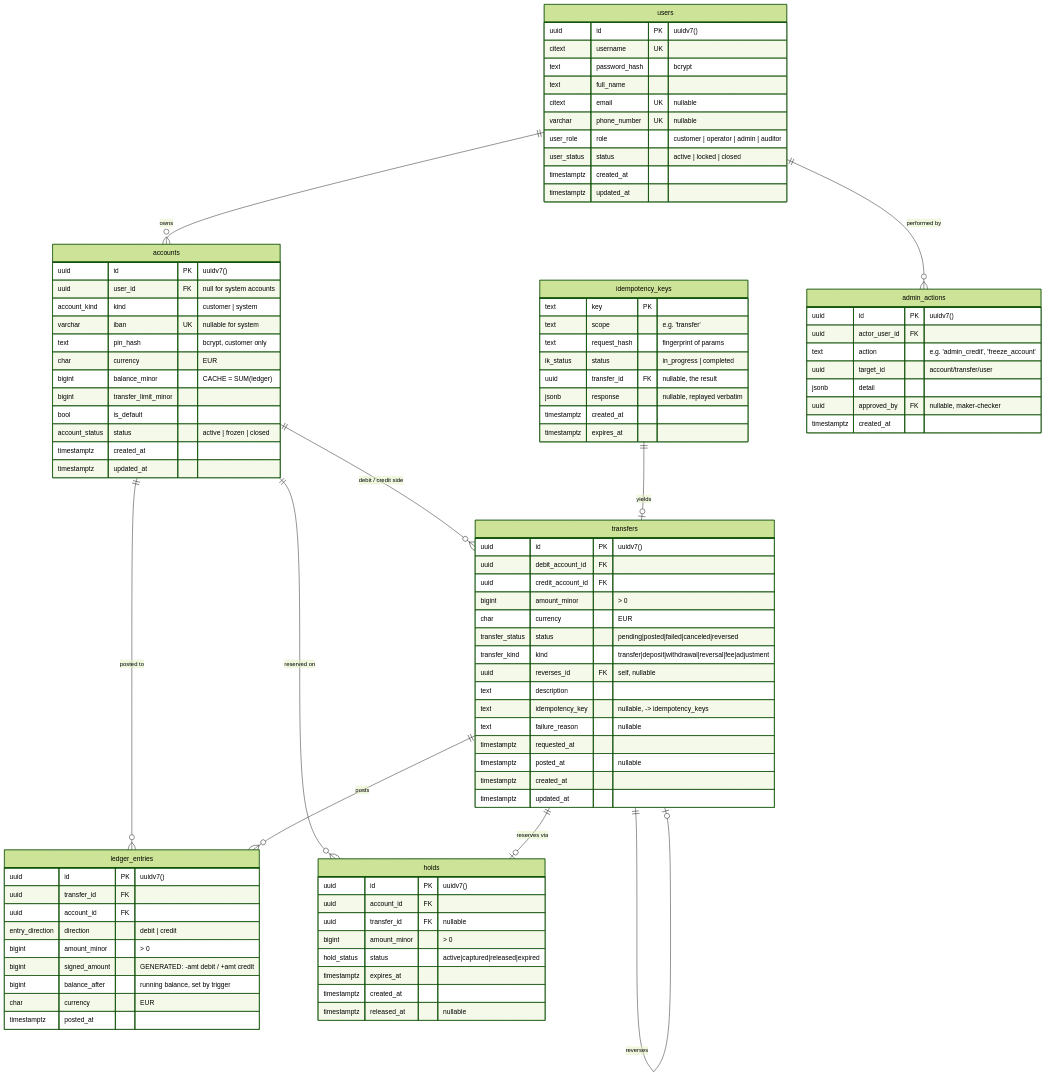
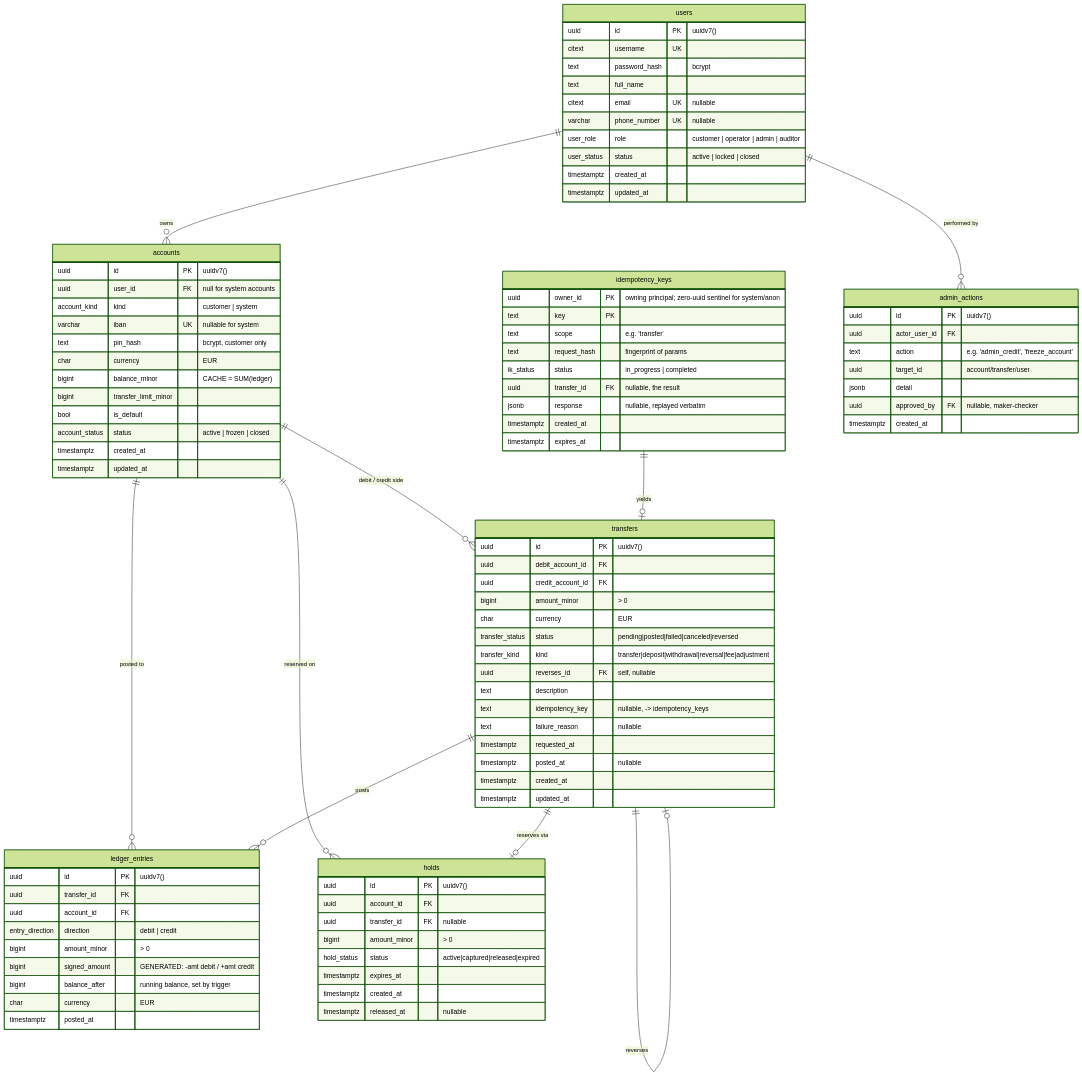
The diagram in docs/02-data-model.md (minhtt159/bank0), drawn with Mermaid (forest theme) before and after one commit. The commit also changed other lines of this file and 17 other files, not shown here.

```diff
--- a/docs/02-data-model.md
+++ b/docs/02-data-model.md
@@ -107,6 +107,7 @@
     }
 
     idempotency_keys {
+        uuid owner_id PK "owning principal; zero-uuid sentinel for system/anon"
         text key PK
         text scope "e.g. 'transfer'"
         text request_hash "fingerprint of params"
```
